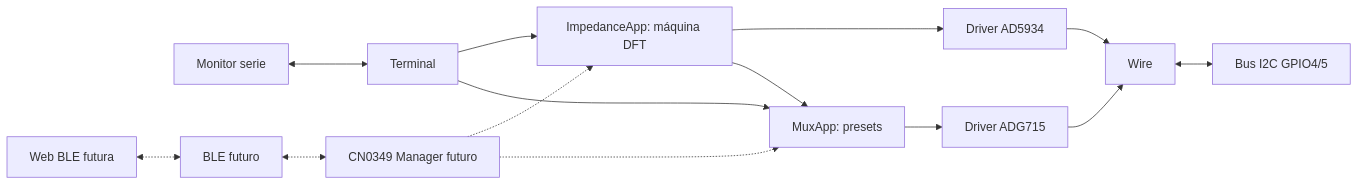
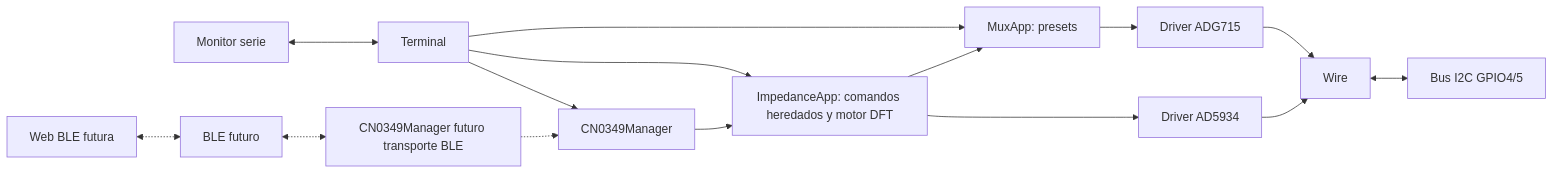
One commit to dani68k/Salinidad-CN0349 changed the first of 5 diagrams in docs/architecture.md. Above: the diagram before and after it, drawn with Mermaid. The commit also changed other lines of this file and 47 other files, not shown here.

````diff
--- a/docs/architecture.md
+++ b/docs/architecture.md
@@ -61,16 +69,17 @@
 ```mermaid
 flowchart LR
     PC[Monitor serie] <--> T[Terminal]
-    T --> I[ImpedanceApp: máquina DFT]
+    T --> N[CN0349Manager]
+    T --> I[ImpedanceApp: comandos heredados y motor DFT]
+    N --> I
     T --> X[MuxApp: presets]
     I --> A[Driver AD5934]
     I --> X
     X --> D[Driver ADG715]
     A --> W[Wire]
     D --> W
     W <--> B[Bus I2C GPIO4/5]
     WEB[Web BLE futura] <-.-> BLE[BLE futuro]
-    BLE <-.-> M[CN0349 Manager futuro]
-    M -.-> I
-    M -.-> X
+    BLE <-.-> M[CN0349Manager futuro transporte BLE]
+    M -.-> N
 ```
````
